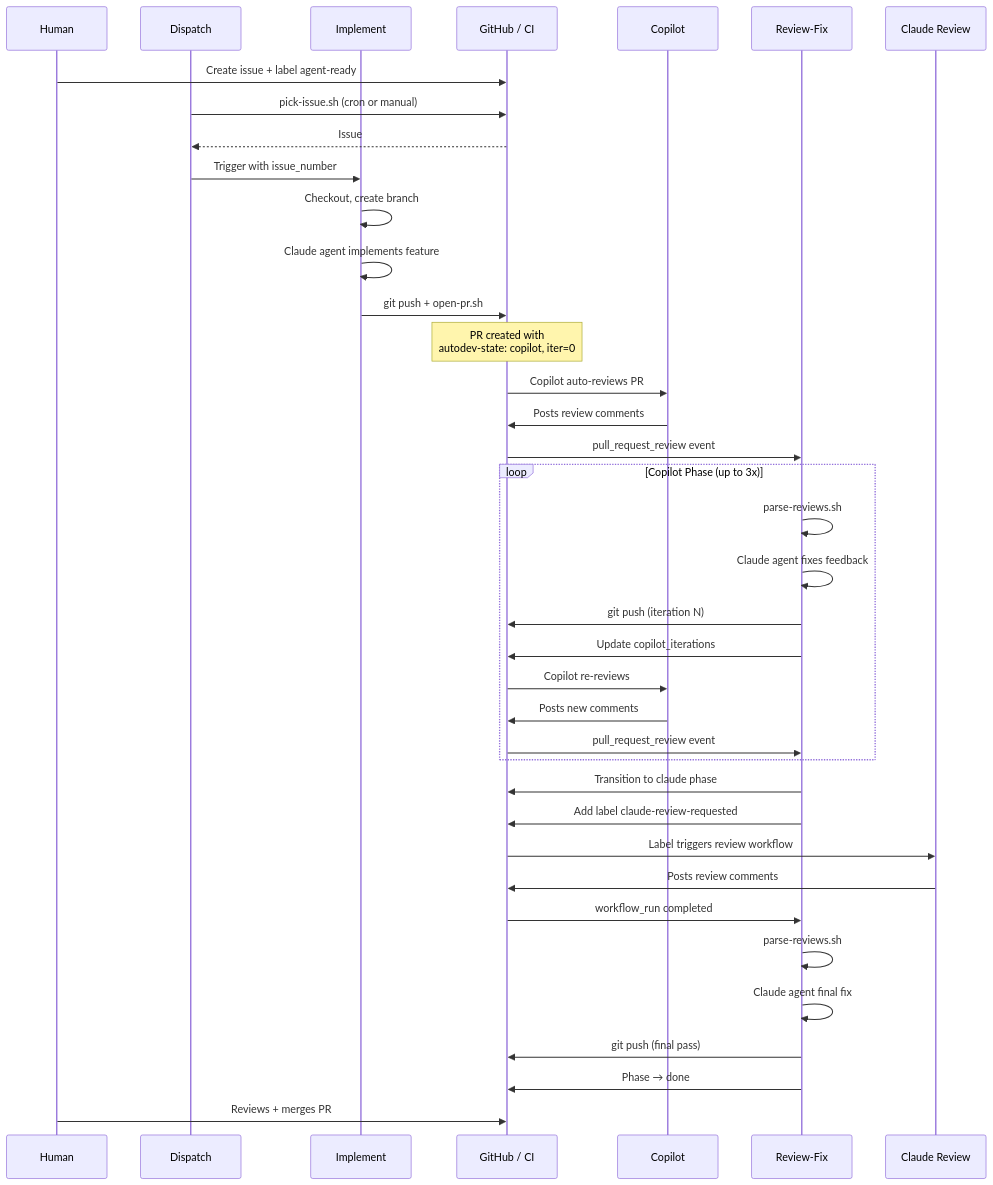
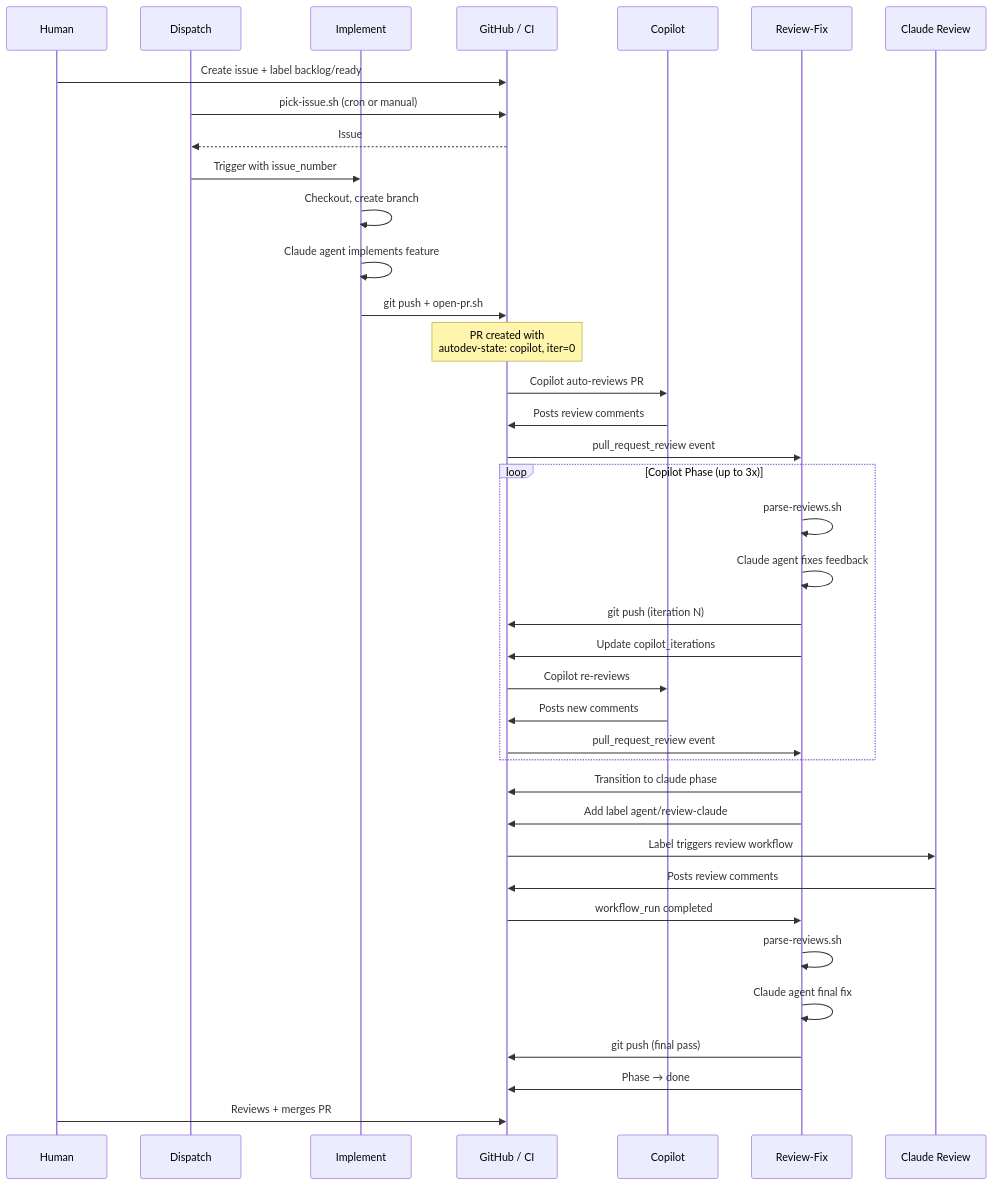
The second of 4 diagrams in docs/internal/autodev-pipeline.md (rnwolfe/mine), drawn with Mermaid before and after one commit. The commit also changed other lines of this file and 23 other files, not shown here.

````diff
--- a/docs/internal/autodev-pipeline.md
+++ b/docs/internal/autodev-pipeline.md
@@ -66,47 +66,47 @@
 ```mermaid
 sequenceDiagram
     participant H as Human
     participant D as Dispatch
     participant I as Implement
     participant G as GitHub / CI
     participant C as Copilot
     participant RF as Review-Fix
     participant CR as Claude Review
 
-    H->>G: Create issue + label agent-ready
+    H->>G: Create issue + label backlog/ready
     D->>G: pick-issue.sh (cron or manual)
     G-->>D: Issue #N selected
     D->>I: Trigger with issue_number
 
     I->>I: Checkout, create branch
     I->>I: Claude agent implements feature
     I->>G: git push + open-pr.sh
     Note over G: PR created with<br/>autodev-state: copilot, iter=0
 
     G->>C: Copilot auto-reviews PR
     C->>G: Posts review comments
     G->>RF: pull_request_review event
 
     loop Copilot Phase (up to 3x)
         RF->>RF: parse-reviews.sh
         RF->>RF: Claude agent fixes feedback
         RF->>G: git push (iteration N)
         RF->>G: Update copilot_iterations
         G->>C: Copilot re-reviews
         C->>G: Posts new comments
         G->>RF: pull_request_review event
     end
 
     RF->>G: Transition to claude phase
-    RF->>G: Add label claude-review-requested
+    RF->>G: Add label agent/review-claude
     G->>CR: Label triggers review workflow
     CR->>G: Posts review comments
 
     G->>RF: workflow_run completed
     RF->>RF: parse-reviews.sh
     RF->>RF: Claude agent final fix
     RF->>G: git push (final pass)
     RF->>G: Phase → done
 
     H->>G: Reviews + merges PR
 ```
````
